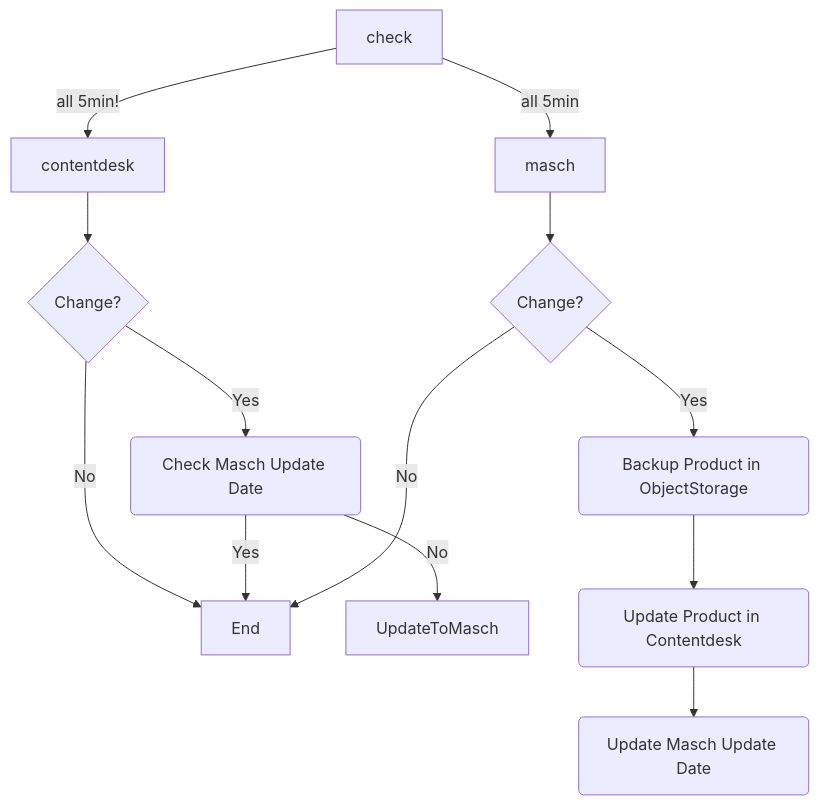
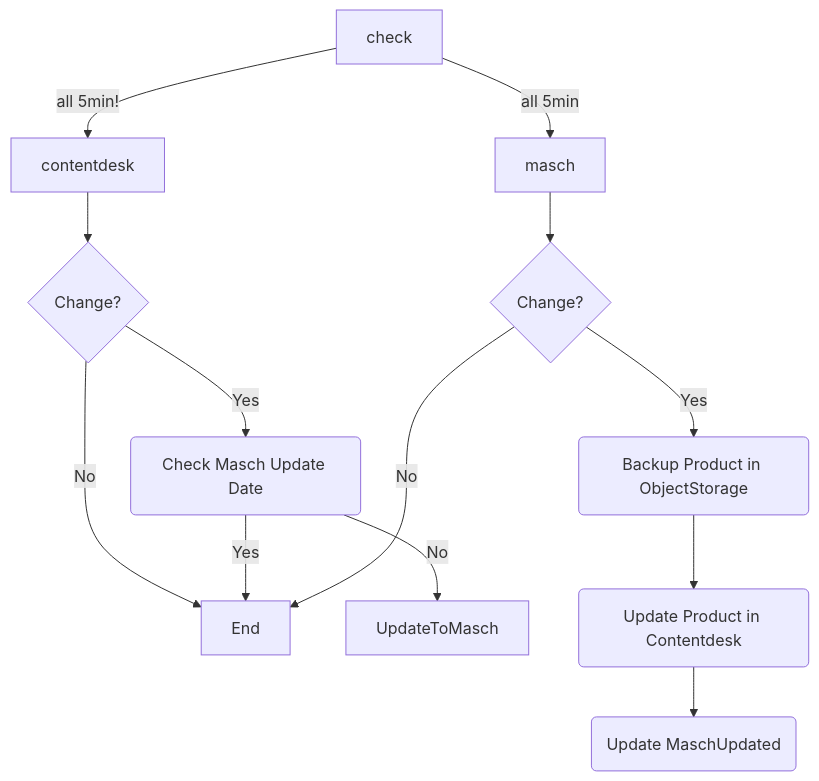
The second of 2 diagrams in readme.md (Jungfrau-Region-Tourismus-AG/python-masch-akeneo-jrtag), drawn with Mermaid before and after one commit.

Commit message:
Update flowchart in README to reflect changes in MASCH update process

````diff
--- a/readme.md
+++ b/readme.md
@@ -24,15 +24,15 @@
 ```mermaid
 flowchart TD
     check -->|all 5min| masch
     check -->|all 5min!| contentdesk
     ChangeContentdesk -->|Yes| CheckifFromMaschCheck(Check Masch Update Date)
     ChangeContentdesk -->|No| End
     CheckifFromMaschCheck -->|Yes| End
     CheckifFromMaschCheck -->|No| UpdateToMasch
     masch --> ChangeMasch{Change?}
     contentdesk --> ChangeContentdesk{Change?}
     ChangeMasch -->|Yes| BackupContentdesk(Backup Product in ObjectStorage)
     ChangeMasch -->|No| End
     BackupContentdesk --> UpdateProductContentdesk(Update Product in Contentdesk)
-    UpdateProductContentdesk --> SetFromMaschCheck(Update Masch Update Date)
+    UpdateProductContentdesk --> SetFromMaschCheck(Update MaschUpdated)
 ```
````
